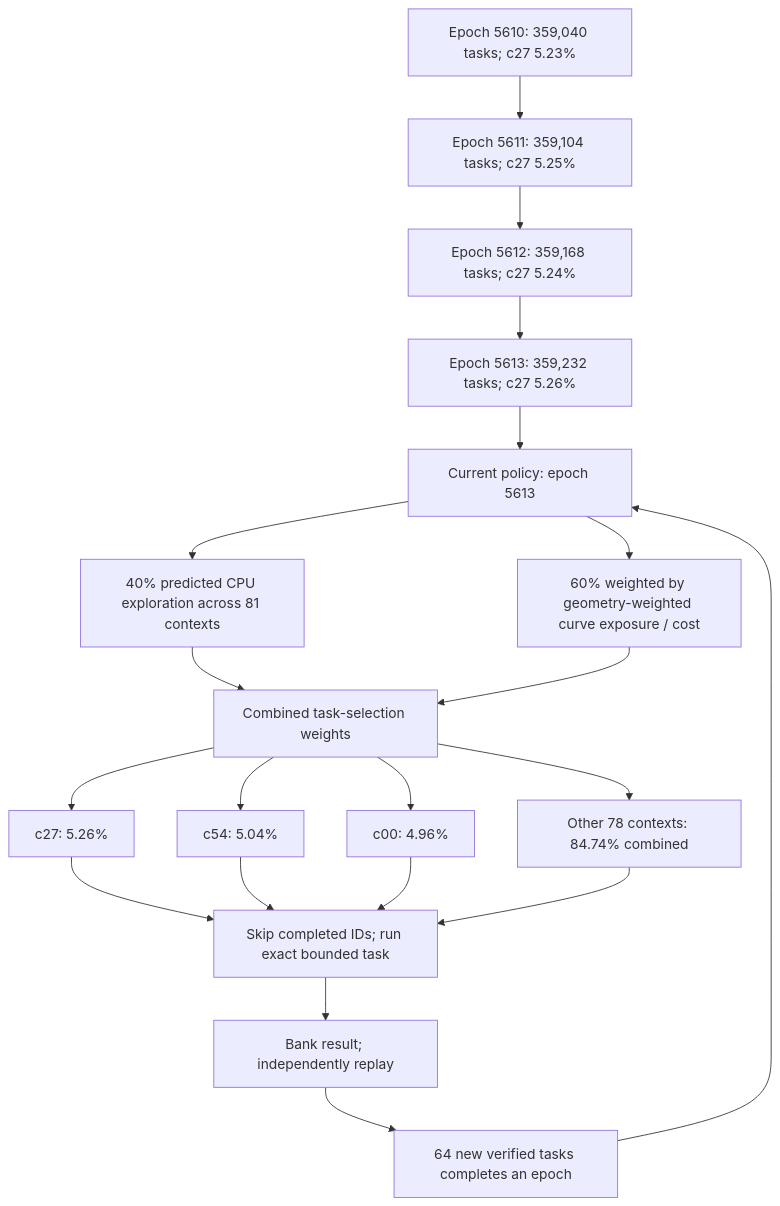
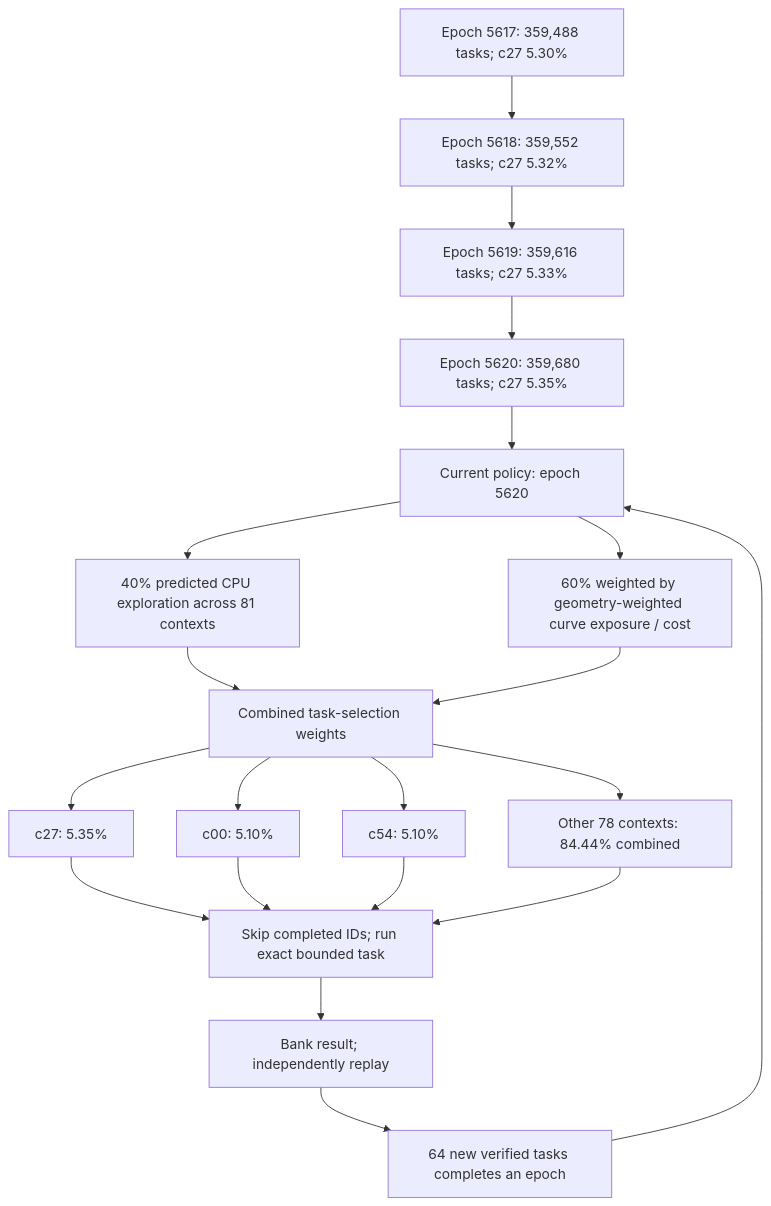
The first of 3 diagrams in README.md (Kuberwastaken/math-gambling), drawn with Mermaid before and after one commit. The commit also changed other lines of this file and 1294 other files, not shown here.

````diff
--- a/README.md
+++ b/README.md
@@ -60,27 +60,27 @@
 ```mermaid
 flowchart TD
-    H0["Epoch 5610: 359,040 tasks; c27 5.23%"]
-    H1["Epoch 5611: 359,104 tasks; c27 5.25%"]
+    H0["Epoch 5617: 359,488 tasks; c27 5.30%"]
+    H1["Epoch 5618: 359,552 tasks; c27 5.32%"]
     H0 --> H1
-    H2["Epoch 5612: 359,168 tasks; c27 5.24%"]
+    H2["Epoch 5619: 359,616 tasks; c27 5.33%"]
     H1 --> H2
-    H3["Epoch 5613: 359,232 tasks; c27 5.26%"]
+    H3["Epoch 5620: 359,680 tasks; c27 5.35%"]
     H2 --> H3
-    Policy["Current policy: epoch 5613"]
+    Policy["Current policy: epoch 5620"]
     H3 --> Policy
     Policy --> Explore["40% predicted CPU exploration across 81 contexts"]
     Policy --> Cost["60% weighted by geometry-weighted curve exposure / cost"]
     Explore --> Mix["Combined task-selection weights"]
     Cost --> Mix
-    Mix --> C0["c27: 5.26%"]
-    Mix --> C1["c54: 5.04%"]
-    Mix --> C2["c00: 4.96%"]
-    Mix --> Rest["Other 78 contexts: 84.74% combined"]
+    Mix --> C0["c27: 5.35%"]
+    Mix --> C1["c00: 5.10%"]
+    Mix --> C2["c54: 5.10%"]
+    Mix --> Rest["Other 78 contexts: 84.44% combined"]
     C0 --> Check["Skip completed IDs; run exact bounded task"]
     C1 --> Check
     C2 --> Check
     Rest --> Check
     Check --> Replay["Bank result; independently replay"]
     Replay --> Gate["64 new verified tasks completes an epoch"]
     Gate --> Policy
 ```
````
